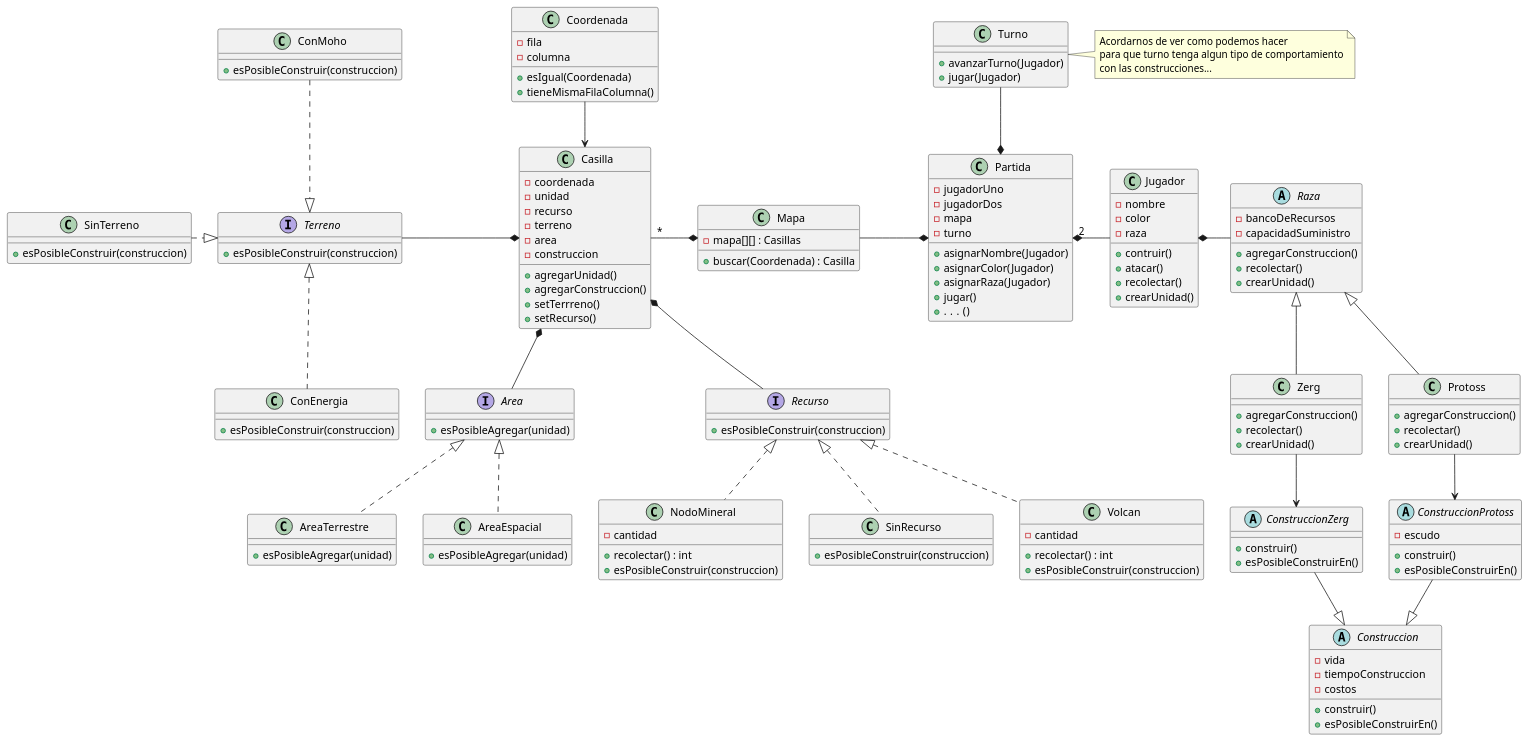
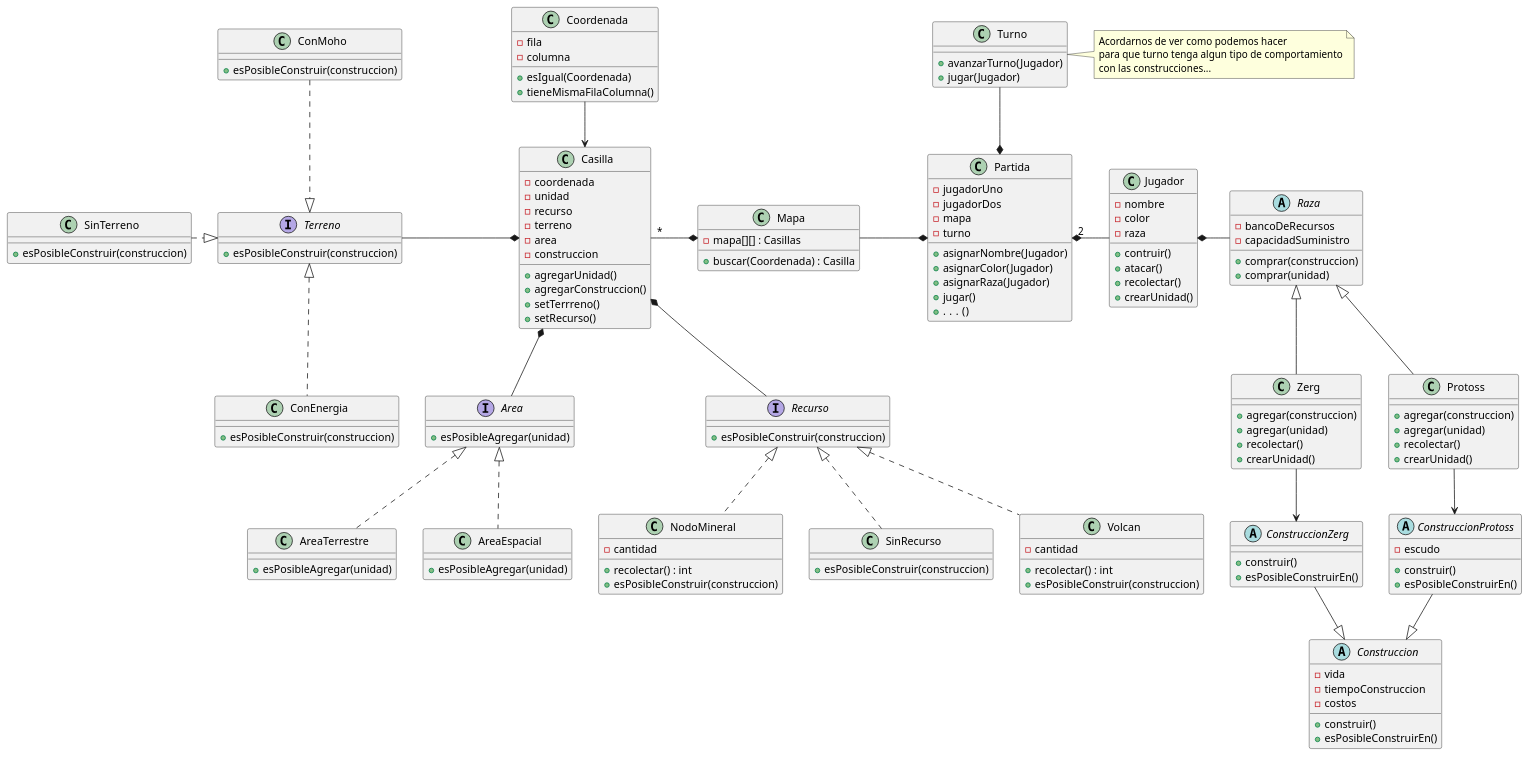
One commit to GiaWong/Algo3_TP2_2C2022 changed the diagram in diagrams/classes/Modelo3/ModeloGeneralVersion03.puml. Above: the diagram before and after it, drawn with PlantUML. The commit also changed 9 other files, not shown here.

```diff
--- a/diagrams/classes/Modelo3/ModeloGeneralVersion03.puml
+++ b/diagrams/classes/Modelo3/ModeloGeneralVersion03.puml
@@ -1,188 +1,189 @@
 @startuml
 'https://plantuml.com/class-diagram
 
 class Partida {
     - jugadorUno
     - jugadorDos
     - mapa
     - turno
 
     + asignarNombre(Jugador)
     + asignarColor(Jugador)
     + asignarRaza(Jugador)
     + jugar()
     + . . .  ()
 }
 
 class Jugador {
     - nombre
     - color
     - raza
 
     + contruir()
     + atacar()
     + recolectar()
     + crearUnidad()
 }
 
 abstract class Raza {
     - bancoDeRecursos
     - capacidadSuministro
 
-    + agregarConstruccion()
-    + recolectar()
-    + crearUnidad()
+    + comprar(construccion)
+    + comprar(unidad)
 }
 
 class Zerg {
-    + agregarConstruccion()
+    + agregar(construccion)
+    + agregar(unidad)
     + recolectar()
     + crearUnidad()
 }
 
 class Protoss {
-    + agregarConstruccion()
+    + agregar(construccion)
+    + agregar(unidad)
     + recolectar()
     + crearUnidad()
 }
 
 abstract class Construccion {
     - vida
     - tiempoConstruccion
     - costos
     + construir()
     + esPosibleConstruirEn()
 }
 
 abstract class ConstruccionZerg {
     + construir()
     + esPosibleConstruirEn()
 }
 
 abstract class ConstruccionProtoss {
     - escudo
     + construir()
     + esPosibleConstruirEn()
 }
 
 class Mapa {
     - mapa[][] : Casillas
 
     + buscar(Coordenada) : Casilla
 }
 
 class Casilla {
     - coordenada
     - unidad
     - recurso
     - terreno
     - area
     - construccion
 
     + agregarUnidad()
     + agregarConstruccion()
     + setTerrreno()
     + setRecurso()
 }
 
 class Coordenada {
     - fila
     - columna
 
     +esIgual(Coordenada)
     +tieneMismaFilaColumna()
 }
 
 class SinRecurso {
     + esPosibleConstruir(construccion)
 }
 
 interface Terreno {
     + esPosibleConstruir(construccion)
 }
 
 class ConMoho {
     + esPosibleConstruir(construccion)
 }
 
 class ConEnergia {
     + esPosibleConstruir(construccion)
 }
 
 class SinTerreno {
     + esPosibleConstruir(construccion)
 }
 
 class Volcan {
     - cantidad
     + recolectar() : int
     + esPosibleConstruir(construccion)
 }
 
 class NodoMineral {
     - cantidad
     + recolectar() : int
     + esPosibleConstruir(construccion)
 }
 
 class Turno {
 
    +avanzarTurno(Jugador)
    +jugar(Jugador)
 
 }
 note right
 Acordarnos de ver como podemos hacer
 para que turno tenga algun tipo de comportamiento
 con las construcciones...
 end note
 
 interface Recurso {
     + esPosibleConstruir(construccion)
 }
 
 
 
 Partida "2" *- Jugador
 Mapa -* Partida
 Partida *-up- Turno
 
 Jugador *- Raza
 Raza <|-- Zerg
 Raza <|-- Protoss
 
 Zerg --> ConstruccionZerg
 Protoss --> ConstruccionProtoss
 ConstruccionProtoss --|> Construccion
 ConstruccionZerg --|> Construccion
 
 Casilla "*" -* Mapa
 Terreno -* Casilla
 Coordenada --> Casilla
 Casilla *-- Recurso
 
 Recurso <|.. Volcan
 Recurso <|.. NodoMineral
 Recurso <|.. SinRecurso
 
 ConMoho ..|> Terreno
 Terreno <|.. ConEnergia
 SinTerreno .|> Terreno
 
 interface Area{
  +esPosibleAgregar(unidad)
 }
 class AreaTerrestre{
 +esPosibleAgregar(unidad)
 }
 class AreaEspacial{
 +esPosibleAgregar(unidad)
 }
 
 Casilla *-- Area
 Area <|.. AreaTerrestre
 Area <|.. AreaEspacial
 
 
 
 @enduml
```
